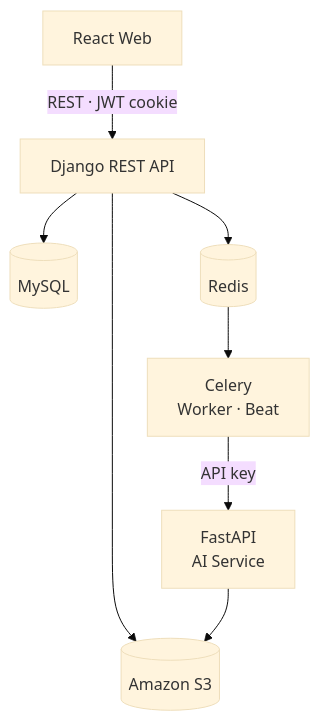
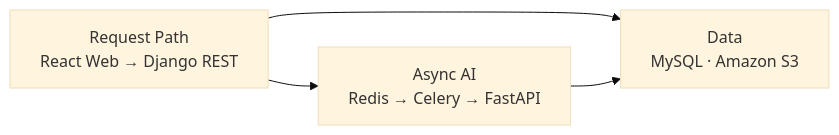
Before and after one commit to bigmooon/mongle-server: the diagram in README.md, drawn with Mermaid (base theme).

Commit message:
docs: fit architecture diagram in viewport

````diff
--- a/README.md
+++ b/README.md
@@ -22,16 +22,10 @@
 ```mermaid
-flowchart TB
-    WEB[React Web]
-    API[Django REST API]
-    MYSQL[(MySQL)]
-    REDIS[(Redis)]
-    S3[(Amazon S3)]
-    CELERY["Celery<br/>Worker · Beat"]
-    AI["FastAPI<br/>AI Service"]
+flowchart LR
+    REQUEST["Request Path<br/>React Web → Django REST"]
+    DATA["Data<br/>MySQL · Amazon S3"]
+    ASYNC["Async AI<br/>Redis → Celery → FastAPI"]
 
-    WEB -->|REST · JWT cookie| API
-    API --> MYSQL
-    API --> S3
-    API --> REDIS --> CELERY -->|API key| AI
-    AI --> S3
+    REQUEST --> DATA
+    REQUEST --> ASYNC
+    ASYNC --> DATA
 ```
````
